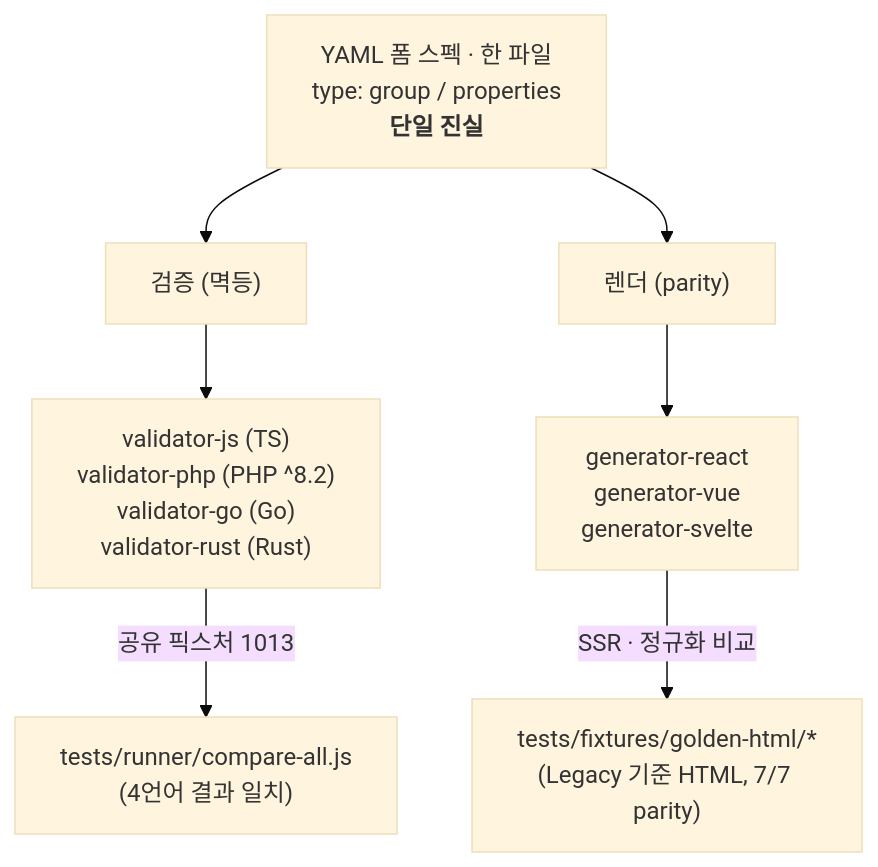
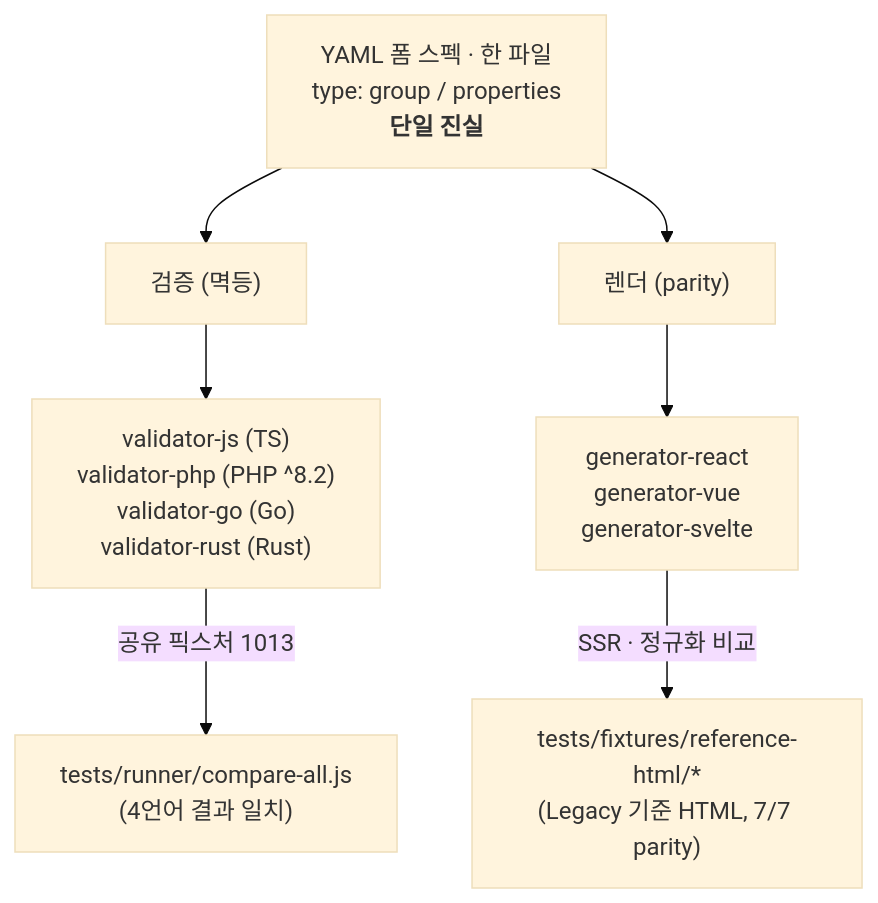
The diagram in README.md (polyspec/crudui), drawn with Mermaid (base theme) before and after one commit. The commit also changed 57 other files, not shown here.

First line of the commit message:
refactor: 'golden'을 'reference'로 전면 교체 (디렉토리·코드·파일명·문서)

````diff
--- a/README.md
+++ b/README.md
@@ -25,10 +25,10 @@
 ```mermaid
 flowchart TD
     spec["YAML 폼 스펙 · 한 파일<br/>type: group / properties<br/><b>단일 진실</b>"]
     spec --> V["검증 (멱등)"]
     spec --> R["렌더 (parity)"]
     V --> VL["validator-js (TS)<br/>validator-php (PHP ^8.2)<br/>validator-go (Go)<br/>validator-rust (Rust)"]
     R --> RL["generator-react<br/>generator-vue<br/>generator-svelte"]
     VL -->|"공유 픽스처 1013"| CMP["tests/runner/compare-all.js<br/>(4언어 결과 일치)"]
-    RL -->|"SSR · 정규화 비교"| G["tests/fixtures/golden-html/*<br/>(Legacy 기준 HTML, 7/7 parity)"]
+    RL -->|"SSR · 정규화 비교"| G["tests/fixtures/reference-html/*<br/>(Legacy 기준 HTML, 7/7 parity)"]
 ```
````
